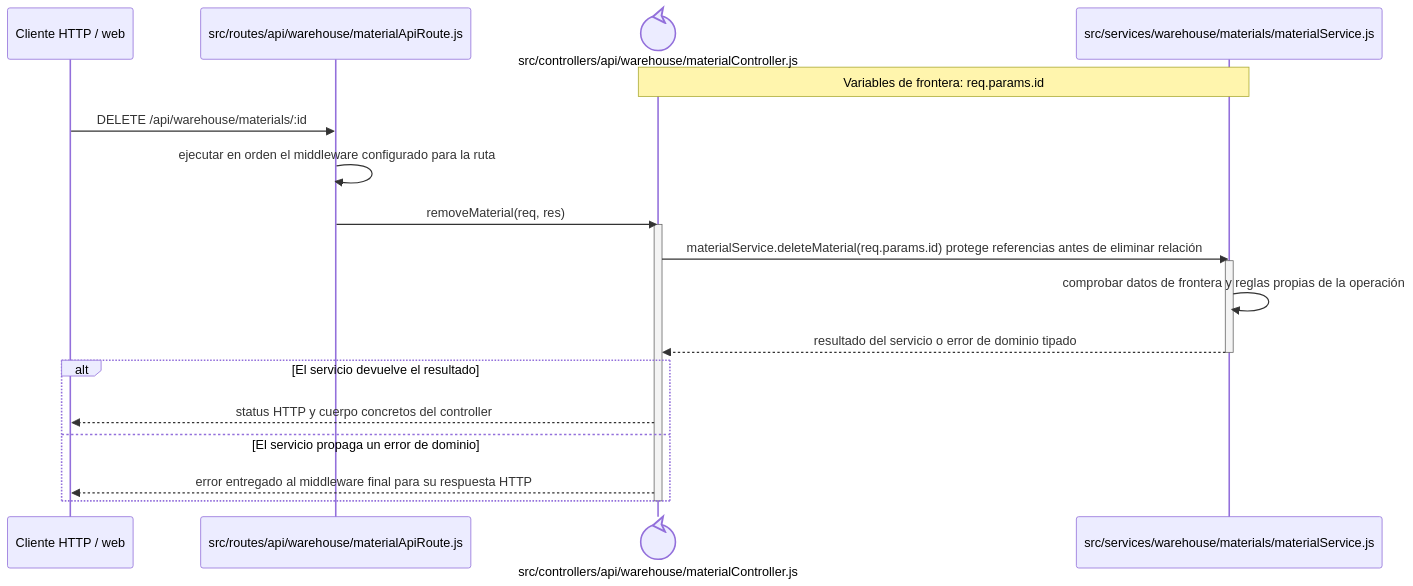
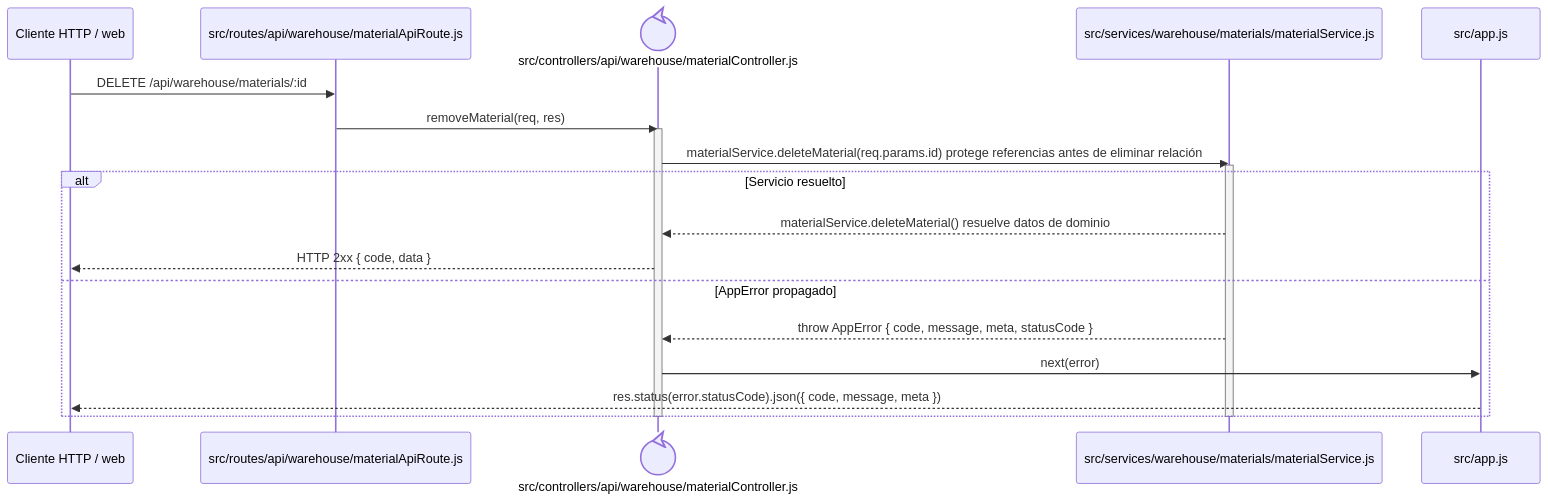
The diagram in docs/architecture/backend-code-sequences/catalogs/cu-alm-04.md (gpgsistemas01/nexus), drawn with Mermaid before and after one commit. The commit also changed 148 other files, not shown here.

````diff
--- a/docs/architecture/backend-code-sequences/catalogs/cu-alm-04.md
+++ b/docs/architecture/backend-code-sequences/catalogs/cu-alm-04.md
@@ -6,24 +6,24 @@
 ```mermaid
 sequenceDiagram
     participant Client as Cliente HTTP / web
     participant Route as src/routes/api/warehouse/materialApiRoute.js
     participant Controller@{ "type": "control" } as src/controllers/api/warehouse/materialController.js
     participant Domain as src/services/warehouse/materials/materialService.js
-    Note over Controller,Domain: Variables de frontera: req.params.id
+    participant ErrorHandler as src/app.js
 
     Client->>Route: DELETE /api/warehouse/materials/:id
-    Route->>Route: ejecutar en orden el middleware configurado para la ruta
     Route->>Controller: removeMaterial(req, res)
     activate Controller
     Controller->>Domain: materialService.deleteMaterial(req.params.id) protege referencias antes de eliminar relación
     activate Domain
-    Domain->>Domain: comprobar datos de frontera y reglas propias de la operación
-    Domain-->>Controller: resultado del servicio o error de dominio tipado
+    alt Servicio resuelto
+        Domain-->>Controller: materialService.deleteMaterial() resuelve datos de dominio
+        Controller-->>Client: HTTP 2xx { code, data }
+    else AppError propagado
+        Domain-->>Controller: throw AppError { code, message, meta, statusCode }
+        Controller->>ErrorHandler: next(error)
+        ErrorHandler-->>Client: res.status(error.statusCode).json({ code, message, meta })
+    end
     deactivate Domain
-    alt El servicio devuelve el resultado
-        Controller-->>Client: status HTTP y cuerpo concretos del controller
-    else El servicio propaga un error de dominio
-        Controller-->>Client: error entregado al middleware final para su respuesta HTTP
-    end
     deactivate Controller
 ```
````
